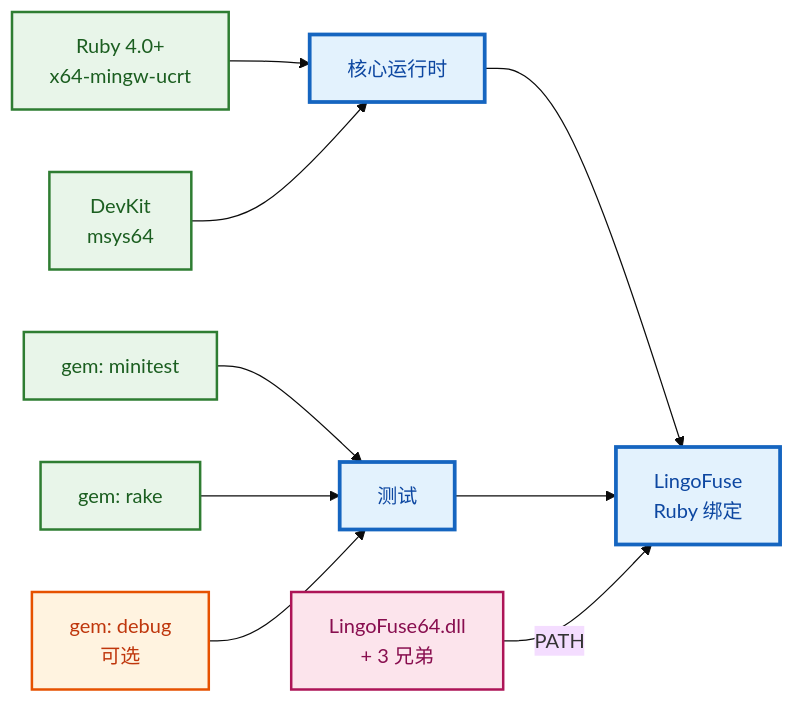
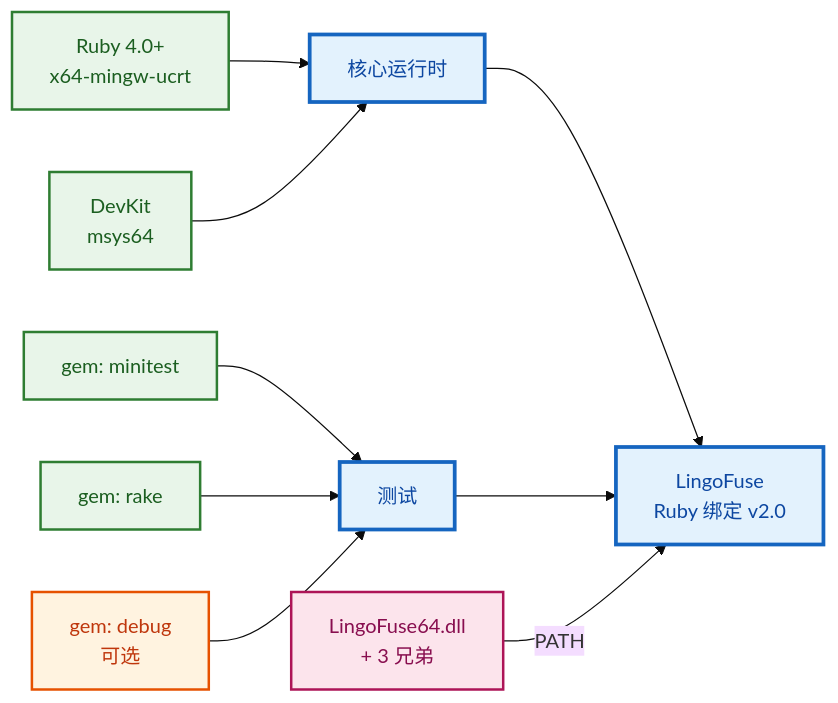
Before and after one commit to PassByYou888/LingoFuse: the seventh of 14 diagrams in ruby/README.md, drawn with Mermaid (base theme). The commit also changed other lines of this file and 21 other files, not shown here.

````diff
--- a/ruby/README.md
+++ b/ruby/README.md
@@ -301,21 +338,21 @@
 ```mermaid
 flowchart LR
     Ruby["Ruby 4.0+<br/>x64-mingw-ucrt"] --> Runtime["核心运行时"]
     DevKit["DevKit<br/>msys64"] --> Runtime
     Minitest["gem: minitest"] --> Tests["测试"]
     Rake["gem: rake"] --> Tests
     Debug["gem: debug<br/>可选"] --> Tests
-    Runtime --> LF["LingoFuse<br/>Ruby 绑定"]
+    Runtime --> LF["LingoFuse<br/>Ruby 绑定 v2.0"]
     Tests --> LF
     DLL["LingoFuse64.dll<br/>+ 3 兄弟"] -->|"PATH"| LF
 
     classDef req fill:#E8F5E9,stroke:#2E7D32,stroke-width:2px,color:#1B5E20
     classDef opt fill:#FFF3E0,stroke:#E65100,stroke-width:2px,color:#BF360C
     classDef core fill:#E3F2FD,stroke:#1565C0,stroke-width:3px,color:#0D47A1
     classDef native fill:#FCE4EC,stroke:#AD1457,stroke-width:2px,color:#880E4F
 
     class Ruby,DevKit,Minitest,Rake req
     class Debug opt
     class Runtime,Tests,LF core
     class DLL native
 ```
````
